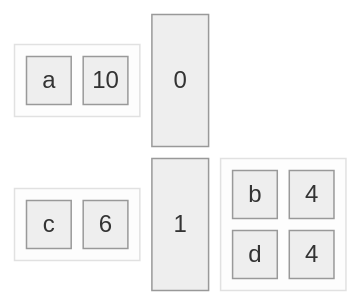
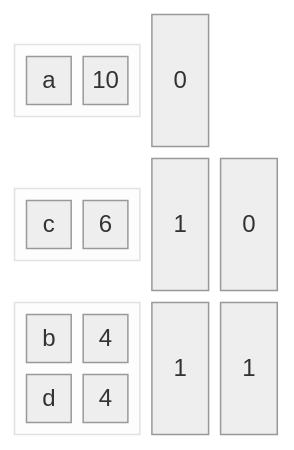
Before and after one commit to BenhurUFSM/pod26b: the seventh of 7 diagrams in Assuntos/compressao.md, drawn with Mermaid (neutral theme).

````diff
--- a/Assuntos/compressao.md
+++ b/Assuntos/compressao.md
@@ -165,20 +165,20 @@
 ```mermaid
 block
 columns 4
 block:b1:2
 columns 2
 c1["a"] v1["10"]
 end
-0 space
+d0["0"] space
 block:b2:2
 columns 2
 c2["c"] v2["6"]
 end
-1 0
+d10["1"] d11["0"]
 block:b3:2
 columns 2
 c3["b"] v3["4"]
 c4["d"] v4["4"]
 end
-1 1
+d20["1"] d21["1"]
 ```
````
